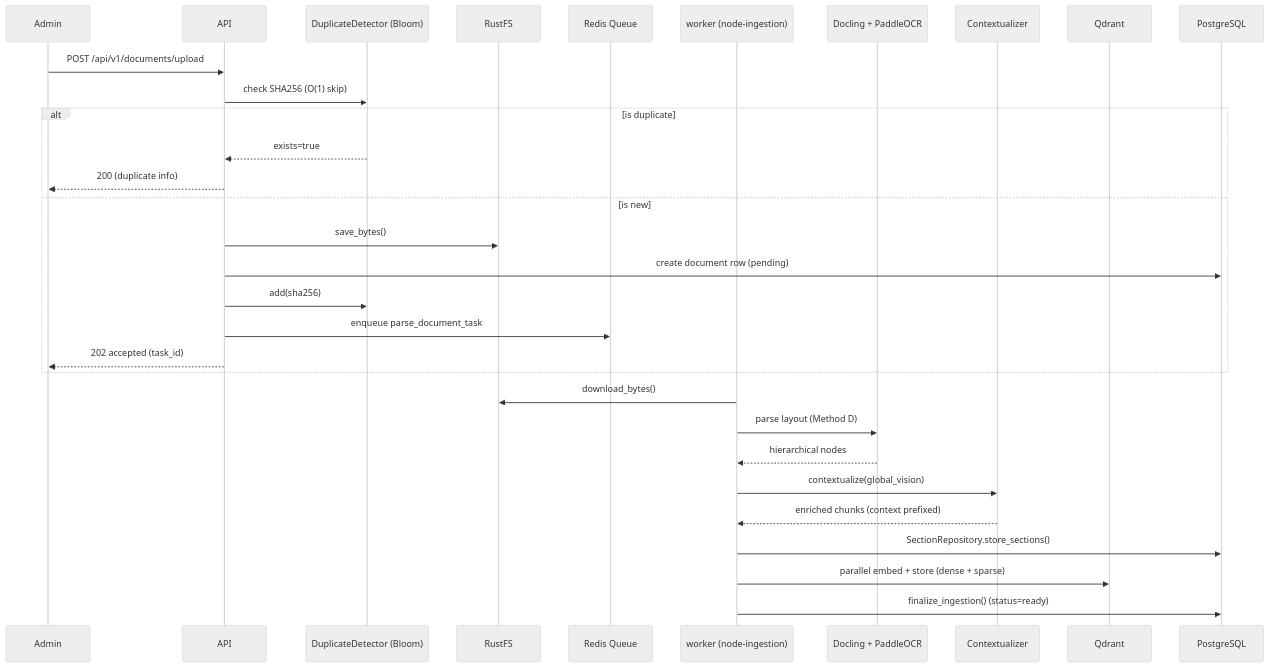
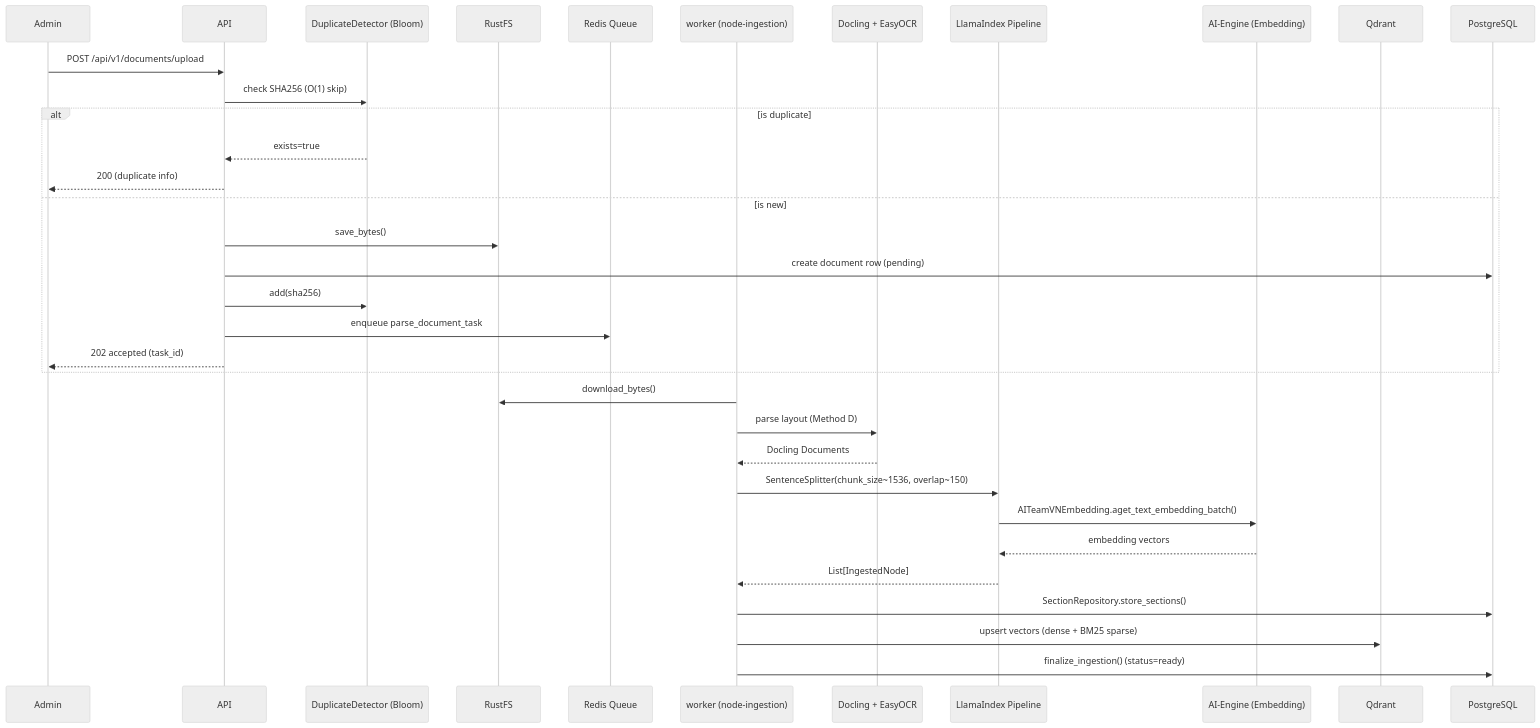
The diagram in docs/2.1_WORKFLOWS_INGESTION.md (qtuanph/chatbot-rag), drawn with Mermaid (neutral theme) before and after one commit. The commit also changed other lines of this file and 69 other files, not shown here.

Commit message:
feat: initialize chatbot RAG architecture with backend modules, websocket streaming, and Next.js admin dashboard

````diff
--- a/docs/2.1_WORKFLOWS_INGESTION.md
+++ b/docs/2.1_WORKFLOWS_INGESTION.md
@@ -5,35 +5,38 @@
 ```mermaid
 sequenceDiagram
     participant Admin
     participant API
     participant Bloom as DuplicateDetector (Bloom)
     participant Storage as RustFS
     participant Queue as Redis Queue
     participant Worker as worker (node-ingestion)
-    participant Parser as Docling + PaddleOCR
-    participant Context as Contextualizer
+    participant Parser as Docling + EasyOCR
+    participant Llamaindex as LlamaIndex Pipeline
+    participant AIEngine as AI-Engine (Embedding)
     participant Qdrant
     participant DB as PostgreSQL
 
     Admin->>API: POST /api/v1/documents/upload
     API->>Bloom: check SHA256 (O(1) skip)
     alt is duplicate
         Bloom-->>API: exists=true
         API-->>Admin: 200 (duplicate info)
     else is new
         API->>Storage: save_bytes()
         API->>DB: create document row (pending)
         API->>Bloom: add(sha256)
         API->>Queue: enqueue parse_document_task
         API-->>Admin: 202 accepted (task_id)
     end
 
     Worker->>Storage: download_bytes()
     Worker->>Parser: parse layout (Method D)
-    Parser-->>Worker: hierarchical nodes
-    Worker->>Context: contextualize(global_vision)
-    Context-->>Worker: enriched chunks (context prefixed)
+    Parser-->>Worker: Docling Documents
+    Worker->>Llamaindex: SentenceSplitter(chunk_size~1536, overlap~150)
+    Llamaindex->>AIEngine: AITeamVNEmbedding.aget_text_embedding_batch()
+    AIEngine-->>Llamaindex: embedding vectors
+    Llamaindex-->>Worker: List[IngestedNode]
     Worker->>DB: SectionRepository.store_sections()
-    Worker->>Qdrant: parallel embed + store (dense + sparse)
+    Worker->>Qdrant: upsert vectors (dense + BM25 sparse)
     Worker->>DB: finalize_ingestion() (status=ready)
 ```
````
